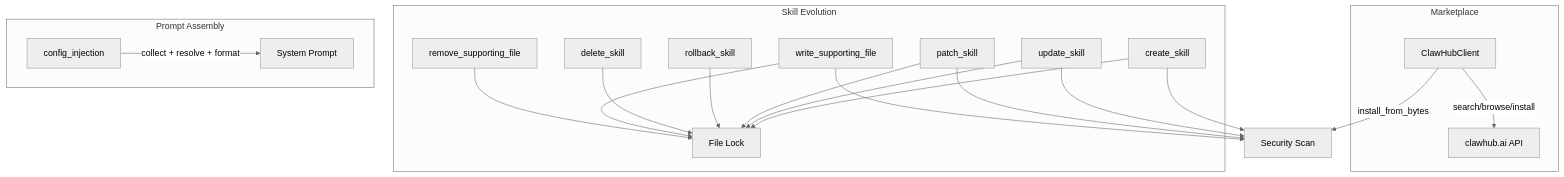
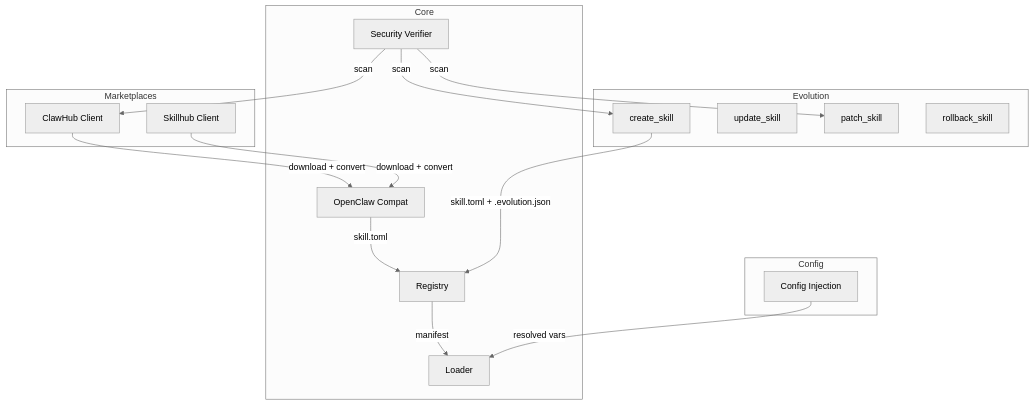
Before and after one commit to leszek3737/librefang-WIki: the diagram in skills-system.md, drawn with Mermaid (neutral theme). The commit also changed other lines of this file and 128 other files, not shown here.

````diff
--- a/skills-system.md
+++ b/skills-system.md
@@ -9,26 +9,35 @@
 ```mermaid
 graph TD
-    subgraph "Marketplace"
-        CH[ClawHubClient] --> |search/browse/install| API[clawhub.ai API]
+    subgraph Marketplaces
+        CH[ClawHub Client]
+        SH[Skillhub Client]
     end
 
-    subgraph "Skill Evolution"
-        CR[create_skill] --> LOCK[File Lock]
-        UP[update_skill] --> LOCK
-        PA[patch_skill] --> LOCK
-        RB[rollback_skill] --> LOCK
-        DEL[delete_skill] --> LOCK
-        WF[write_supporting_file] --> LOCK
-        RF[remove_supporting_file] --> LOCK
+    subgraph Core
+        REG[Registry]
+        LDR[Loader]
+        OCS[OpenClaw Compat]
+        VFY[Security Verifier]
     end
 
-    subgraph "Prompt Assembly"
-        CI[config_injection] --> |collect + resolve + format| SP[System Prompt]
+    subgraph Evolution
+        CRT[create_skill]
+        UPD[update_skill]
+        PAT[patch_skill]
+        ROL[rollback_skill]
     end
 
-    CH --> |install_from_bytes| SEC[Security Scan]
-    CR --> SEC
-    UP --> SEC
-    PA --> SEC
-    WF --> SEC
+    subgraph Config
+        CCI[Config Injection]
+    end
+
+    CH -->|download + convert| OCS
+    SH -->|download + convert| OCS
+    OCS -->|skill.toml| REG
+    REG -->|manifest| LDR
+    VFY -->|scan| CH
+    VFY -->|scan| CRT
+    VFY -->|scan| PAT
+    CRT -->|skill.toml + .evolution.json| REG
+    CCI -->|resolved vars| LDR
 ```
````
